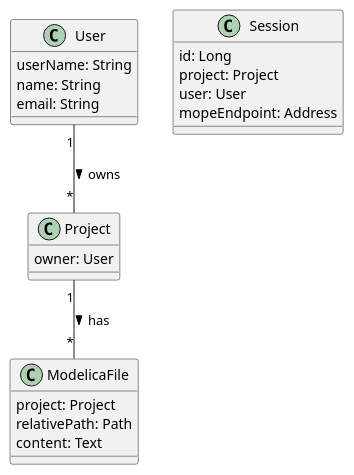
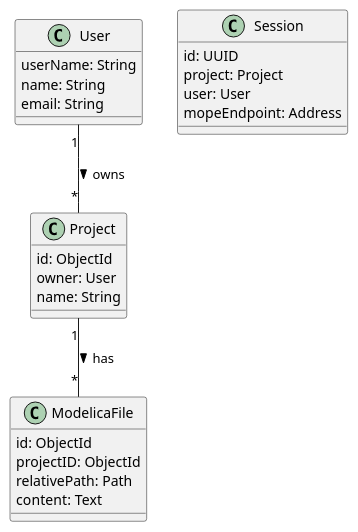
The diagram in doc/domain-model.puml (THM-MoTE/webmodelica), drawn with PlantUML before and after one commit.

Commit message:
add object-id's to domain model

```diff
--- a/doc/domain-model.puml
+++ b/doc/domain-model.puml
@@ -1,30 +1,33 @@
 @startuml
 
 class User {
   userName: String
   name: String
   email: String
 }
 
 class Project {
+  id: ObjectId
   owner: User
+  name: String
 }
 
 
 class ModelicaFile {
-  project: Project
+  id: ObjectId
+  projectID: ObjectId
   relativePath: Path
   content: Text
 }
 
 class Session {
-  id: Long
+  id: UUID
   project: Project
   user: User
   mopeEndpoint: Address
 }
 
 Project "1"--"*" ModelicaFile : has >
 User "1"--"*" Project : owns >
 
 @enduml
```
